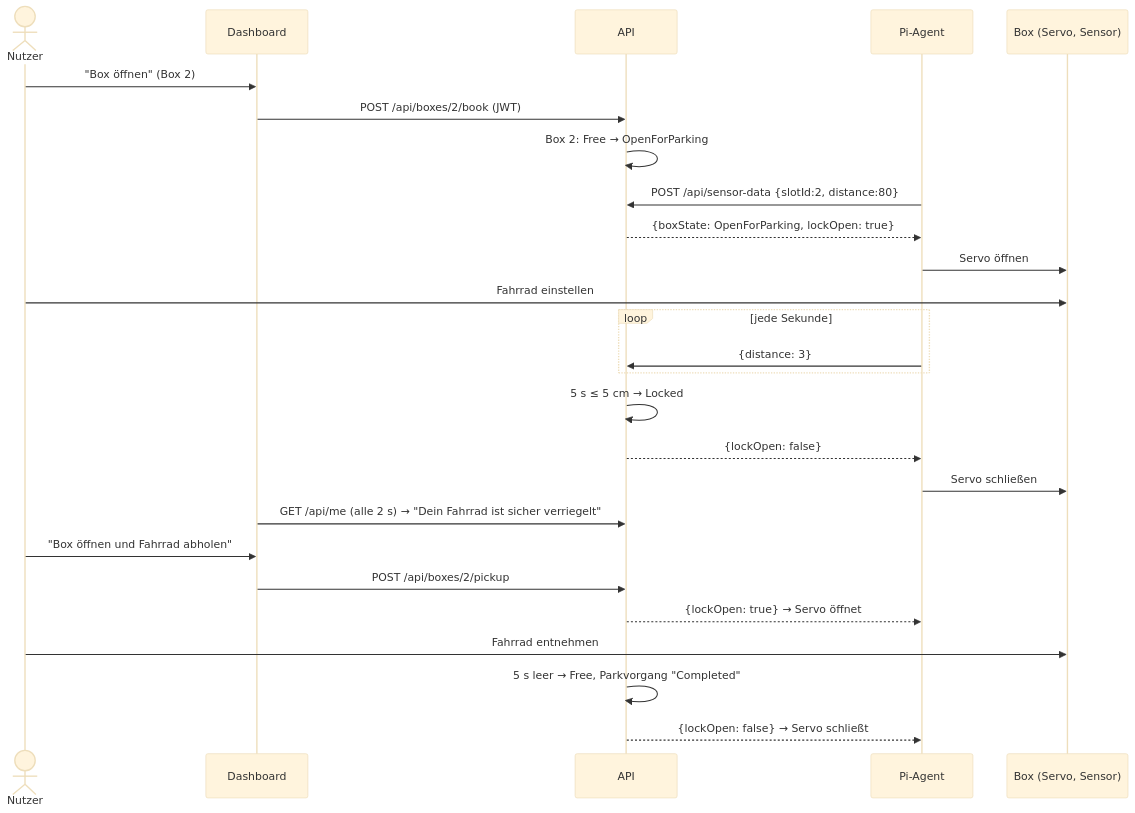
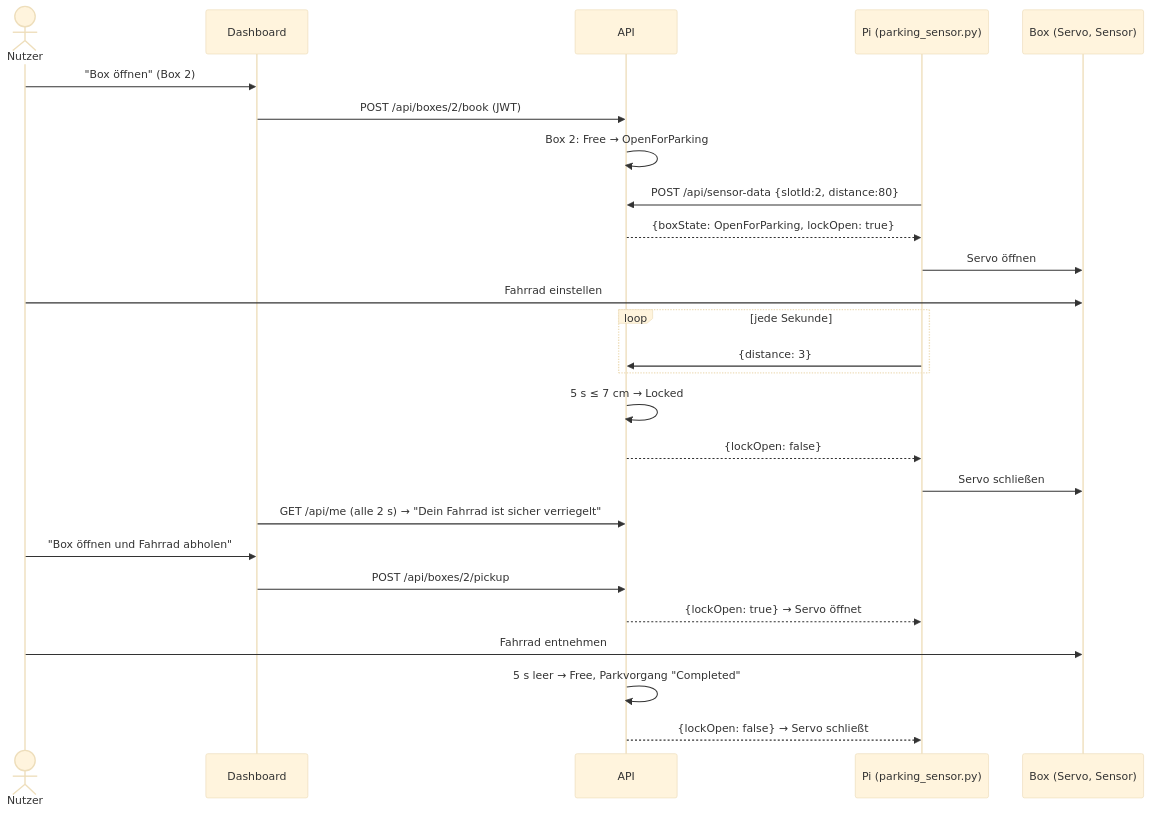
Before and after one commit to LaurenzBonke/Bikestation: the fourth of 5 diagrams in docs/ARCHITEKTUR.md, drawn with Mermaid (base theme). The commit also changed other lines of this file and 69 other files, not shown here.

````diff
--- a/docs/ARCHITEKTUR.md
+++ b/docs/ARCHITEKTUR.md
@@ -132,29 +132,29 @@
 ```mermaid
 sequenceDiagram
     actor N as Nutzer
     participant F as Dashboard
     participant A as API
-    participant P as Pi-Agent
+    participant P as Pi (parking_sensor.py)
     participant B as Box (Servo, Sensor)
 
     N->>F: "Box öffnen" (Box 2)
     F->>A: POST /api/boxes/2/book (JWT)
     A->>A: Box 2: Free → OpenForParking
     P->>A: POST /api/sensor-data {slotId:2, distance:80}
     A-->>P: {boxState: OpenForParking, lockOpen: true}
     P->>B: Servo öffnen
     N->>B: Fahrrad einstellen
     loop jede Sekunde
         P->>A: {distance: 3}
     end
-    A->>A: 5 s ≤ 5 cm → Locked
+    A->>A: 5 s ≤ 7 cm → Locked
     A-->>P: {lockOpen: false}
     P->>B: Servo schließen
     F->>A: GET /api/me (alle 2 s) → "Dein Fahrrad ist sicher verriegelt"
     N->>F: "Box öffnen und Fahrrad abholen"
     F->>A: POST /api/boxes/2/pickup
     A-->>P: {lockOpen: true} → Servo öffnet
     N->>B: Fahrrad entnehmen
     A->>A: 5 s leer → Free, Parkvorgang "Completed"
     A-->>P: {lockOpen: false} → Servo schließt
 ```
````
